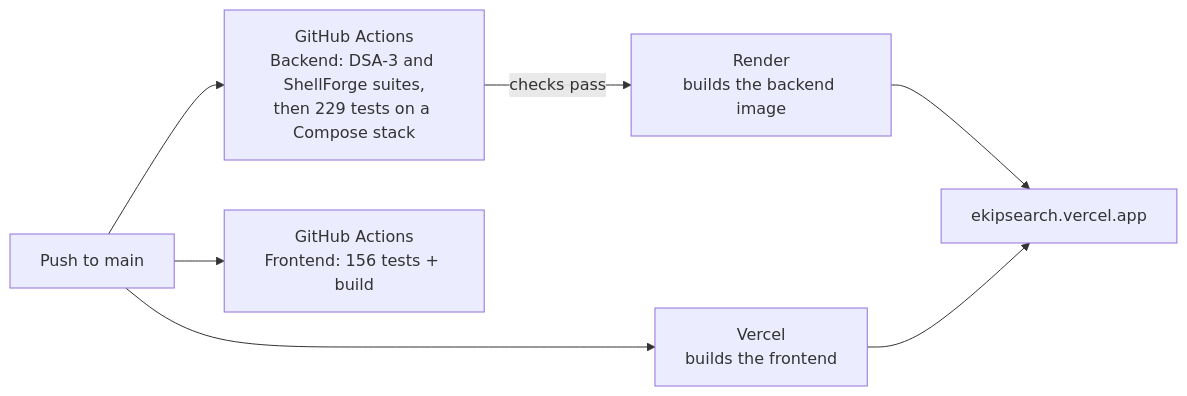
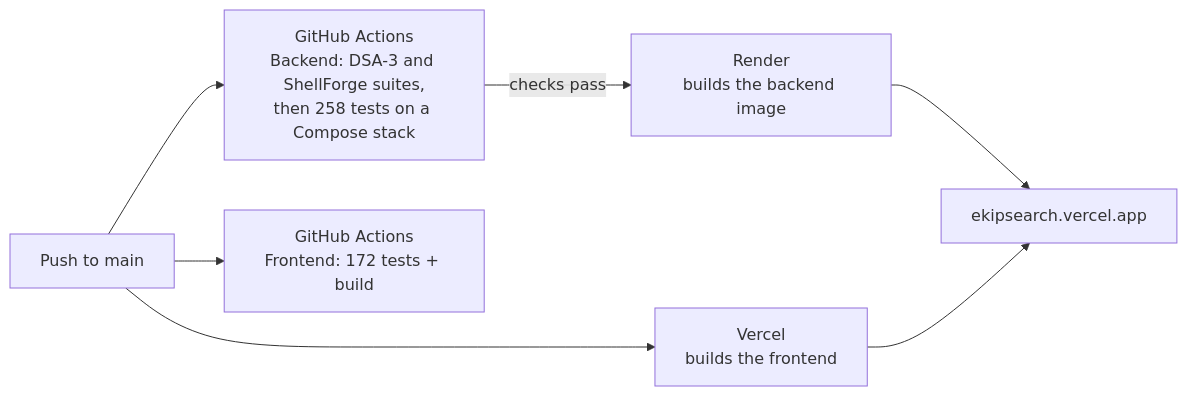
The seventh of 7 diagrams in docs/PROJECT_OVERVIEW.md (SathyaMaragani/Enterprise-Knowledge-Intelligence-Platform), drawn with Mermaid before and after one commit. The commit also changed other lines of this file and 43 other files, not shown here.

````diff
--- a/docs/PROJECT_OVERVIEW.md
+++ b/docs/PROJECT_OVERVIEW.md
@@ -358,9 +358,9 @@
 ```mermaid
 flowchart LR
-    GH[Push to main] --> CI1[GitHub Actions<br/>Backend: DSA-3 and ShellForge suites,<br/>then 229 tests on a Compose stack]
-    GH --> CI2[GitHub Actions<br/>Frontend: 156 tests + build]
+    GH[Push to main] --> CI1[GitHub Actions<br/>Backend: DSA-3 and ShellForge suites,<br/>then 258 tests on a Compose stack]
+    GH --> CI2[GitHub Actions<br/>Frontend: 172 tests + build]
     CI1 -->|checks pass| RD[Render<br/>builds the backend image]
     GH --> VC[Vercel<br/>builds the frontend]
     RD --> LIVE[ekipsearch.vercel.app]
     VC --> LIVE
 ```
````
